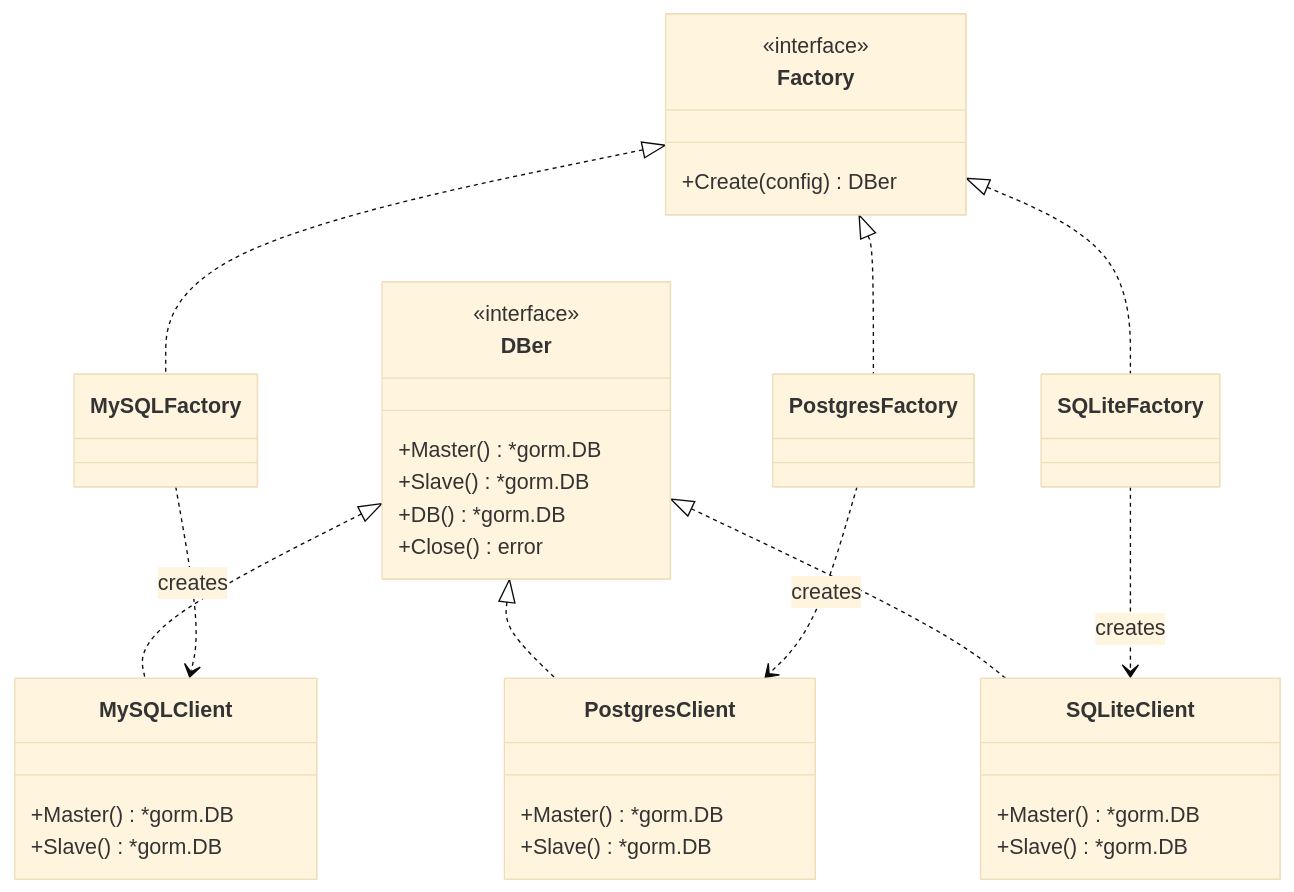
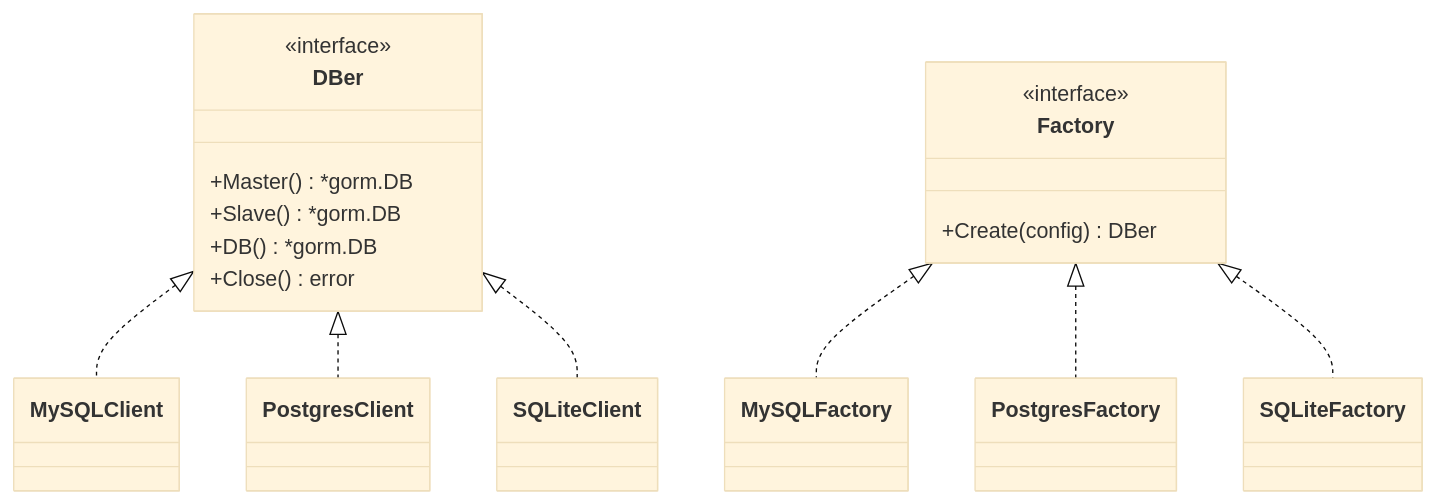
One commit to earthy-zinc/dehaze-system changed the fourth of 7 diagrams in dehaze-doc/docs/04-项目实现/后端/02-Go架构文档.md. Above: the diagram before and after it, drawn with Mermaid (base theme). The commit also changed other lines of this file and 755 other files, not shown here.

````diff
--- a/dehaze-doc/docs/04-项目实现/后端/02-Go架构文档.md
+++ b/dehaze-doc/docs/04-项目实现/后端/02-Go架构文档.md
@@ -262,41 +183,22 @@
 ```mermaid
 classDiagram
     class DBer {
         <<interface>>
         +Master() *gorm.DB
         +Slave() *gorm.DB
         +DB() *gorm.DB
         +Close() error
     }
 
     class Factory {
         <<interface>>
         +Create(config) DBer
     }
 
-    class MySQLClient {
-        +Master() *gorm.DB
-        +Slave() *gorm.DB
-    }
-
-    class PostgresClient {
-        +Master() *gorm.DB
-        +Slave() *gorm.DB
-    }
-
-    class SQLiteClient {
-        +Master() *gorm.DB
-        +Slave() *gorm.DB
-    }
-
     Factory <|.. MySQLFactory
     Factory <|.. PostgresFactory
     Factory <|.. SQLiteFactory
     DBer <|.. MySQLClient
     DBer <|.. PostgresClient
     DBer <|.. SQLiteClient
-
-    MySQLFactory ..> MySQLClient : creates
-    PostgresFactory ..> PostgresClient : creates
-    SQLiteFactory ..> SQLiteClient : creates
 ```
````
